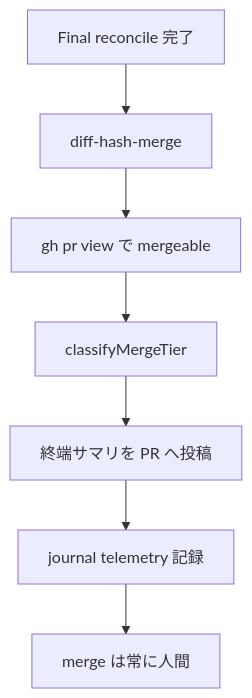
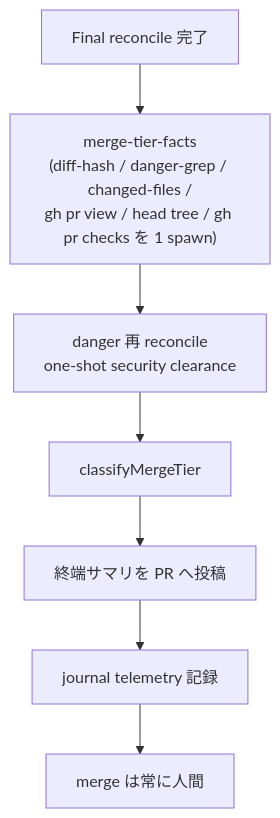
Diagram 11 of 14 in docs/dev-flow-atlas.md (it-all-playpark/skills), drawn with Mermaid before and after one commit. The commit also changed other lines of this file and 33 other files, not shown here.

First line of the commit message:
refactor(dev-flow): Merge tier の read-only exec-proxy 6 spawn を merge-tier-facts wrapper の 1 spawn に集約する (#637) (#647)

````diff
--- a/docs/dev-flow-atlas.md
+++ b/docs/dev-flow-atlas.md
@@ -239,9 +239,9 @@
 ```mermaid
 flowchart TD
-    IN["Final reconcile 完了"] --> M0["diff-hash-merge"]
-    M0 --> M1["gh pr view で mergeable"]
+    IN["Final reconcile 完了"] --> M0["merge-tier-facts<br/>(diff-hash / danger-grep / changed-files /<br/>gh pr view / head tree / gh pr checks を 1 spawn)"]
+    M0 --> M1["danger 再 reconcile<br/>one-shot security clearance"]
     M1 --> M2["classifyMergeTier"]
     M2 --> M3["終端サマリを PR へ投稿"]
     M3 --> M4["journal telemetry 記録"]
     M4 --> HU["merge は常に人間"]
 ```
````
